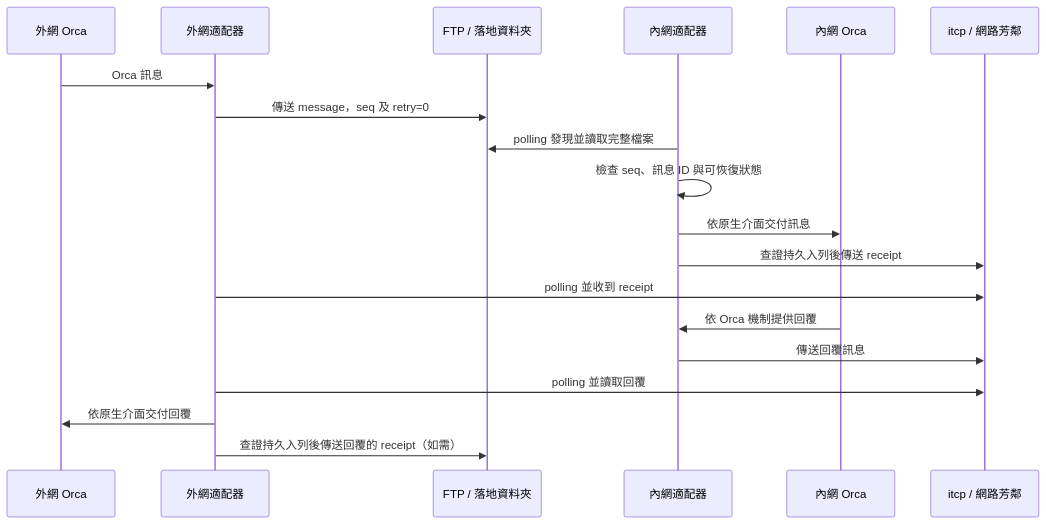
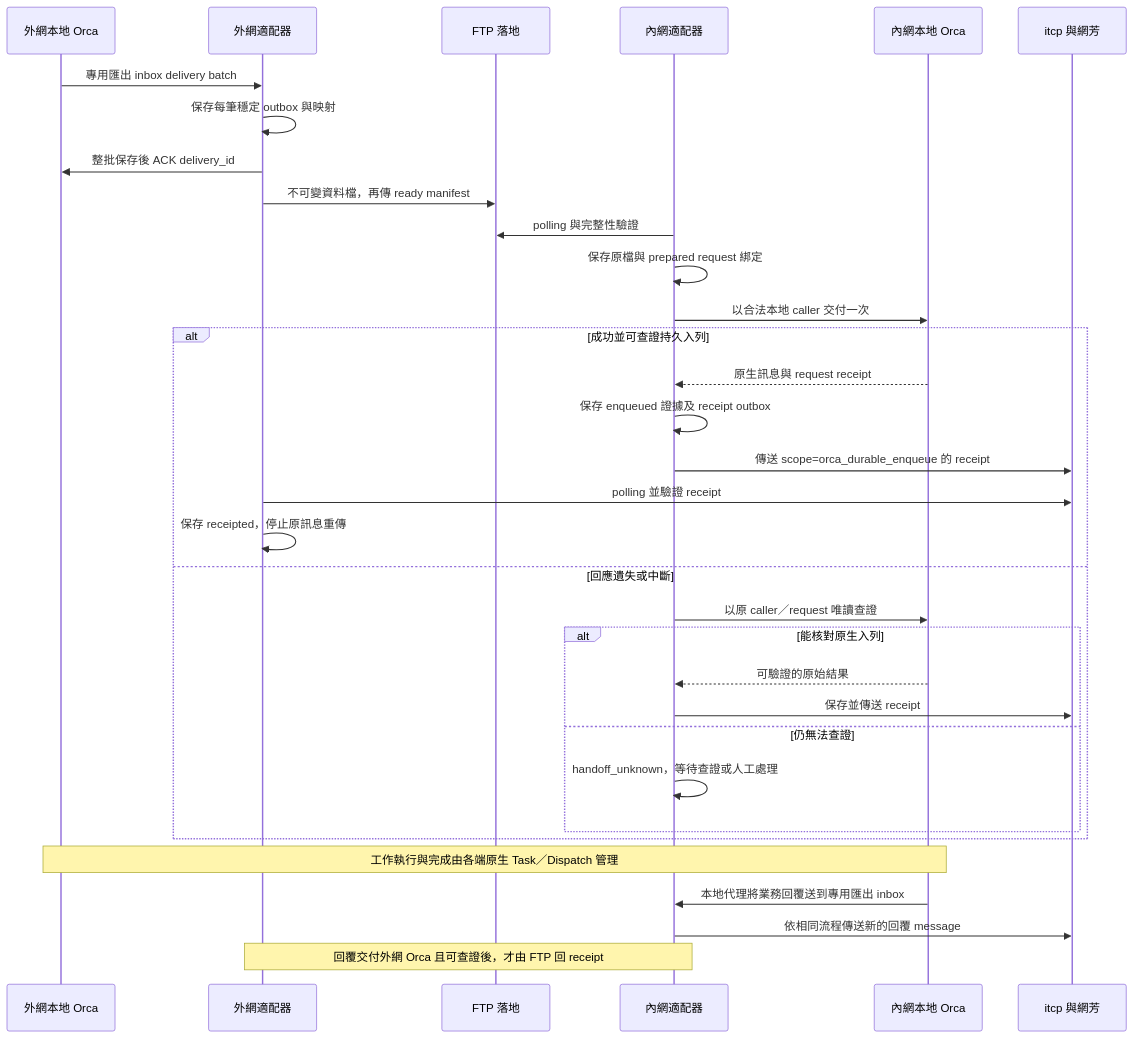
Before and after one commit to swchen44/orca: the third of 3 diagrams in research/orca-cross-network-mail-design.md, drawn with Mermaid. The commit also changed other lines of this file, not shown here.

````diff
--- a/research/orca-cross-network-mail-design.md
+++ b/research/orca-cross-network-mail-design.md
@@ -170,21 +236,35 @@
 ```mermaid
 sequenceDiagram
-    participant O as 外網 Orca
+    participant O as 外網本地 Orca
     participant A as 外網適配器
-    participant F as FTP / 落地資料夾
+    participant F as FTP 落地
     participant B as 內網適配器
-    participant I as 內網 Orca
-    participant T as itcp / 網路芳鄰
-    O->>A: Orca 訊息
-    A->>F: 傳送 message，seq 及 retry=0
-    B->>F: polling 發現並讀取完整檔案
-    B->>B: 檢查 seq、訊息 ID 與可恢復狀態
-    B->>I: 依原生介面交付訊息
-    B->>T: 查證持久入列後傳送 receipt
-    A->>T: polling 並收到 receipt
-    I->>B: 依 Orca 機制提供回覆
-    B->>T: 傳送回覆訊息
-    A->>T: polling 並讀取回覆
-    A->>O: 依原生介面交付回覆
-    A->>F: 查證持久入列後傳送回覆的 receipt（如需）
+    participant I as 內網本地 Orca
+    participant T as itcp 與網芳
+    O->>A: 專用匯出 inbox delivery batch
+    A->>A: 保存每筆穩定 outbox 與映射
+    A->>O: 整批保存後 ACK delivery_id
+    A->>F: 不可變資料檔，再傳 ready manifest
+    B->>F: polling 與完整性驗證
+    B->>B: 保存原檔與 prepared request 綁定
+    B->>I: 以合法本地 caller 交付一次
+    alt 成功並可查證持久入列
+        I-->>B: 原生訊息與 request receipt
+        B->>B: 保存 enqueued 證據及 receipt outbox
+        B->>T: 傳送 scope=orca_durable_enqueue 的 receipt
+        A->>T: polling 並驗證 receipt
+        A->>A: 保存 receipted，停止原訊息重傳
+    else 回應遺失或中斷
+        B->>I: 以原 caller／request 唯讀查證
+        alt 能核對原生入列
+            I-->>B: 可驗證的原始結果
+            B->>T: 保存並傳送 receipt
+        else 仍無法查證
+            B->>B: handoff_unknown，等待查證或人工處理
+        end
+    end
+    Note over O,I: 工作執行與完成由各端原生 Task／Dispatch 管理
+    I->>B: 本地代理將業務回覆送到專用匯出 inbox
+    B->>T: 依相同流程傳送新的回覆 message
+    Note over A,B: 回覆交付外網 Orca 且可查證後，才由 FTP 回 receipt
 ```
````
